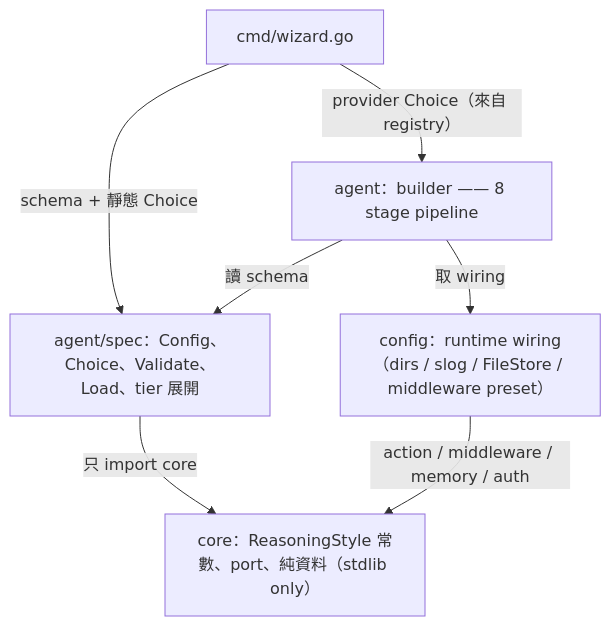
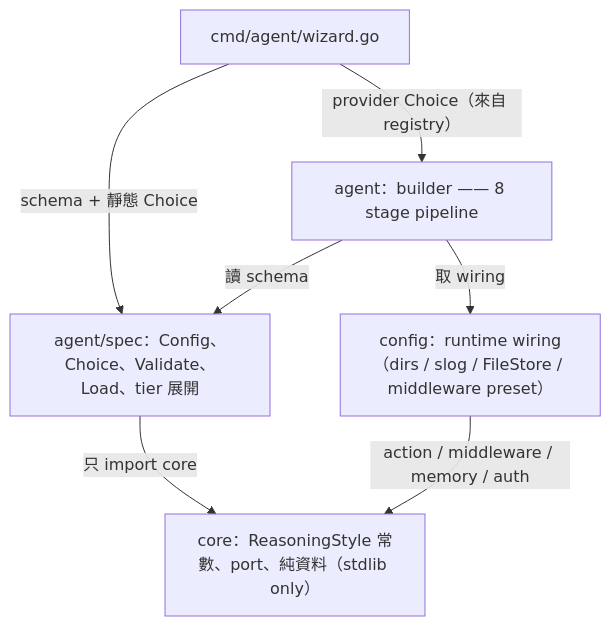
One commit to BizShuk/agentSDK changed the third of 4 diagrams in plans/2026-07-22-agent-skeleton-config-opt-in.md. Above: the diagram before and after it, drawn with Mermaid. The commit also changed other lines of this file and 30 other files, not shown here.

````diff
--- a/plans/2026-07-22-agent-skeleton-config-opt-in.md
+++ b/plans/2026-07-22-agent-skeleton-config-opt-in.md
@@ -331,15 +331,15 @@
 ```mermaid
 flowchart TD
     CORE["core：ReasoningStyle 常數、port、純資料（stdlib only）"]
     SPEC["agent/spec：Config、Choice、Validate、Load、tier 展開"]
     AG["agent：builder —— 8 stage pipeline"]
     CFG["config：runtime wiring（dirs / slog / FileStore / middleware preset）"]
-    WIZ["cmd/wizard.go"]
+    WIZ["cmd/agent/wizard.go"]
 
     SPEC -->|"只 import core"| CORE
     AG -->|"讀 schema"| SPEC
     AG -->|"取 wiring"| CFG
     CFG -->|"action / middleware / memory / auth"| CORE
     WIZ -->|"schema + 靜態 Choice"| SPEC
     WIZ -->|"provider Choice（來自 registry）"| AG
 ```
````
